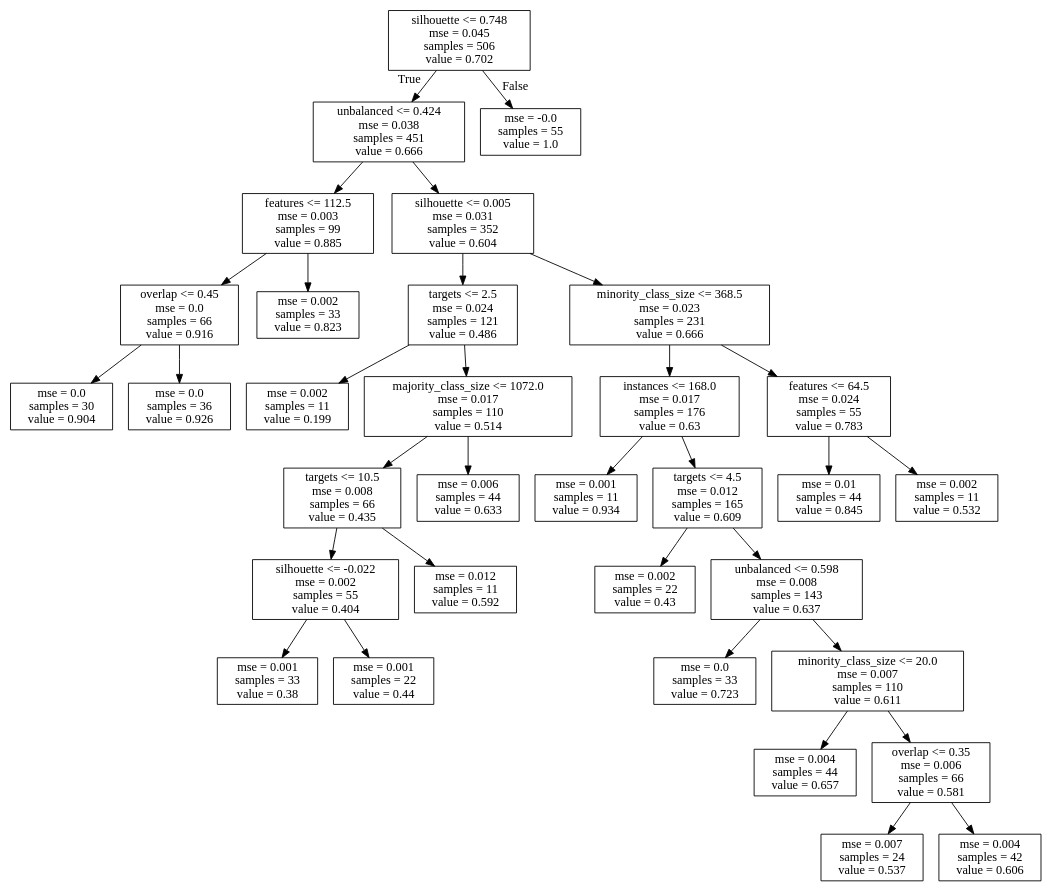
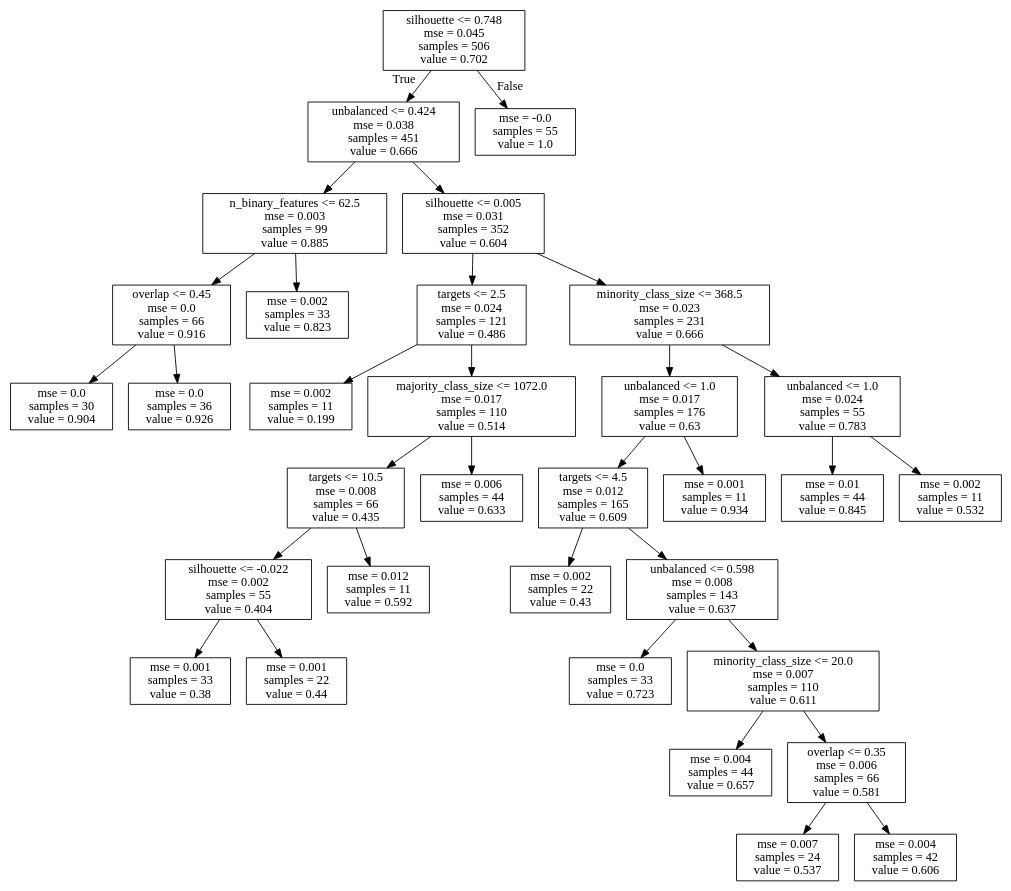
Before and after one commit to rsboos/DistributedClassifier: the diagram in analysis/learning/regression/results/trees/mlp_f1_scores.dot, drawn with Graphviz. The commit also changed 68 other files, not shown here.

```diff
--- a/analysis/learning/regression/results/trees/mlp_f1_scores.dot
+++ b/analysis/learning/regression/results/trees/mlp_f1_scores.dot
@@ -1,68 +1,68 @@
 digraph Tree {
 node [shape=box] ;
 0 [label="silhouette <= 0.748\nmse = 0.045\nsamples = 506\nvalue = 0.702"] ;
 1 [label="unbalanced <= 0.424\nmse = 0.038\nsamples = 451\nvalue = 0.666"] ;
 0 -> 1 [labeldistance=2.5, labelangle=45, headlabel="True"] ;
-2 [label="features <= 112.5\nmse = 0.003\nsamples = 99\nvalue = 0.885"] ;
+2 [label="n_binary_features <= 62.5\nmse = 0.003\nsamples = 99\nvalue = 0.885"] ;
 1 -> 2 ;
 3 [label="overlap <= 0.45\nmse = 0.0\nsamples = 66\nvalue = 0.916"] ;
 2 -> 3 ;
 4 [label="mse = 0.0\nsamples = 30\nvalue = 0.904"] ;
 3 -> 4 ;
 5 [label="mse = 0.0\nsamples = 36\nvalue = 0.926"] ;
 3 -> 5 ;
 6 [label="mse = 0.002\nsamples = 33\nvalue = 0.823"] ;
 2 -> 6 ;
 7 [label="silhouette <= 0.005\nmse = 0.031\nsamples = 352\nvalue = 0.604"] ;
 1 -> 7 ;
 8 [label="targets <= 2.5\nmse = 0.024\nsamples = 121\nvalue = 0.486"] ;
 7 -> 8 ;
 9 [label="mse = 0.002\nsamples = 11\nvalue = 0.199"] ;
 8 -> 9 ;
 10 [label="majority_class_size <= 1072.0\nmse = 0.017\nsamples = 110\nvalue = 0.514"] ;
 8 -> 10 ;
 11 [label="targets <= 10.5\nmse = 0.008\nsamples = 66\nvalue = 0.435"] ;
 10 -> 11 ;
 12 [label="silhouette <= -0.022\nmse = 0.002\nsamples = 55\nvalue = 0.404"] ;
 11 -> 12 ;
 13 [label="mse = 0.001\nsamples = 33\nvalue = 0.38"] ;
 12 -> 13 ;
 14 [label="mse = 0.001\nsamples = 22\nvalue = 0.44"] ;
 12 -> 14 ;
 15 [label="mse = 0.012\nsamples = 11\nvalue = 0.592"] ;
 11 -> 15 ;
 16 [label="mse = 0.006\nsamples = 44\nvalue = 0.633"] ;
 10 -> 16 ;
 17 [label="minority_class_size <= 368.5\nmse = 0.023\nsamples = 231\nvalue = 0.666"] ;
 7 -> 17 ;
-18 [label="instances <= 168.0\nmse = 0.017\nsamples = 176\nvalue = 0.63"] ;
+18 [label="unbalanced <= 1.0\nmse = 0.017\nsamples = 176\nvalue = 0.63"] ;
 17 -> 18 ;
-19 [label="mse = 0.001\nsamples = 11\nvalue = 0.934"] ;
+19 [label="targets <= 4.5\nmse = 0.012\nsamples = 165\nvalue = 0.609"] ;
 18 -> 19 ;
-20 [label="targets <= 4.5\nmse = 0.012\nsamples = 165\nvalue = 0.609"] ;
-18 -> 20 ;
-21 [label="mse = 0.002\nsamples = 22\nvalue = 0.43"] ;
-20 -> 21 ;
-22 [label="unbalanced <= 0.598\nmse = 0.008\nsamples = 143\nvalue = 0.637"] ;
-20 -> 22 ;
-23 [label="mse = 0.0\nsamples = 33\nvalue = 0.723"] ;
-22 -> 23 ;
-24 [label="minority_class_size <= 20.0\nmse = 0.007\nsamples = 110\nvalue = 0.611"] ;
-22 -> 24 ;
-25 [label="mse = 0.004\nsamples = 44\nvalue = 0.657"] ;
-24 -> 25 ;
-26 [label="overlap <= 0.35\nmse = 0.006\nsamples = 66\nvalue = 0.581"] ;
-24 -> 26 ;
-27 [label="mse = 0.007\nsamples = 24\nvalue = 0.537"] ;
-26 -> 27 ;
-28 [label="mse = 0.004\nsamples = 42\nvalue = 0.606"] ;
-26 -> 28 ;
-29 [label="features <= 64.5\nmse = 0.024\nsamples = 55\nvalue = 0.783"] ;
+20 [label="mse = 0.002\nsamples = 22\nvalue = 0.43"] ;
+19 -> 20 ;
+21 [label="unbalanced <= 0.598\nmse = 0.008\nsamples = 143\nvalue = 0.637"] ;
+19 -> 21 ;
+22 [label="mse = 0.0\nsamples = 33\nvalue = 0.723"] ;
+21 -> 22 ;
+23 [label="minority_class_size <= 20.0\nmse = 0.007\nsamples = 110\nvalue = 0.611"] ;
+21 -> 23 ;
+24 [label="mse = 0.004\nsamples = 44\nvalue = 0.657"] ;
+23 -> 24 ;
+25 [label="overlap <= 0.35\nmse = 0.006\nsamples = 66\nvalue = 0.581"] ;
+23 -> 25 ;
+26 [label="mse = 0.007\nsamples = 24\nvalue = 0.537"] ;
+25 -> 26 ;
+27 [label="mse = 0.004\nsamples = 42\nvalue = 0.606"] ;
+25 -> 27 ;
+28 [label="mse = 0.001\nsamples = 11\nvalue = 0.934"] ;
+18 -> 28 ;
+29 [label="unbalanced <= 1.0\nmse = 0.024\nsamples = 55\nvalue = 0.783"] ;
 17 -> 29 ;
 30 [label="mse = 0.01\nsamples = 44\nvalue = 0.845"] ;
 29 -> 30 ;
 31 [label="mse = 0.002\nsamples = 11\nvalue = 0.532"] ;
 29 -> 31 ;
 32 [label="mse = -0.0\nsamples = 55\nvalue = 1.0"] ;
 0 -> 32 [labeldistance=2.5, labelangle=-45, headlabel="False"] ;
 }
```
